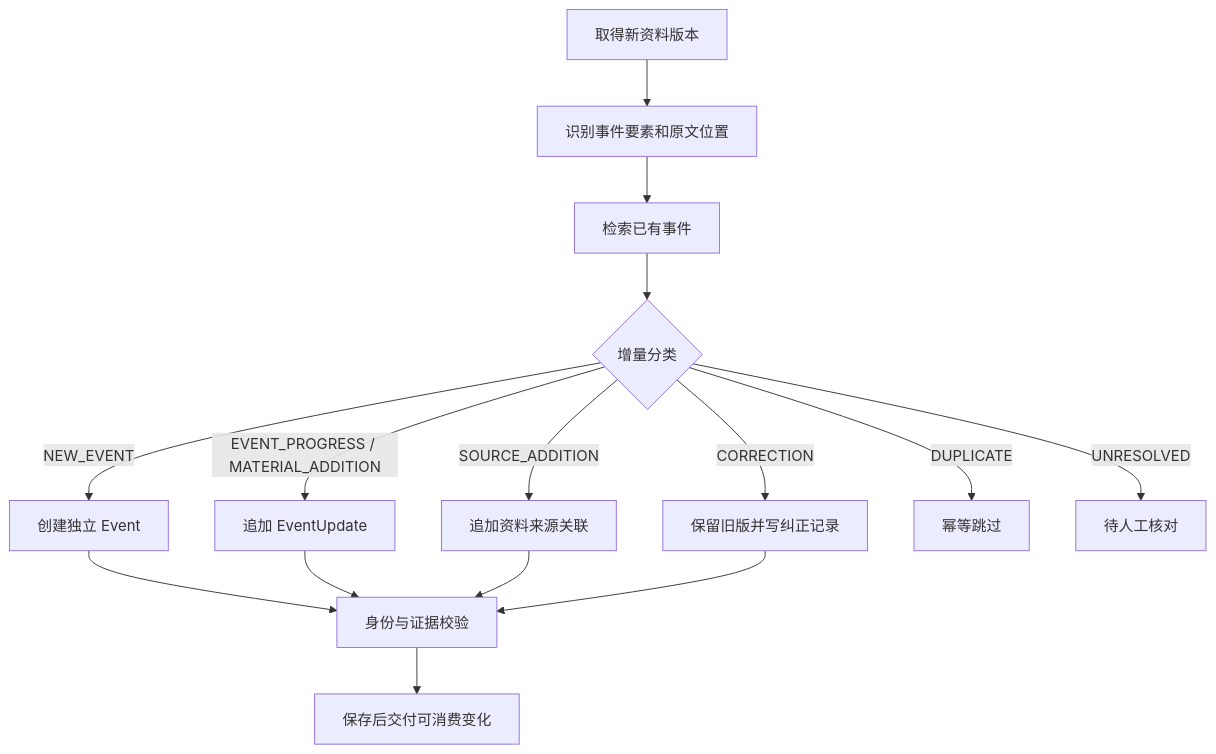
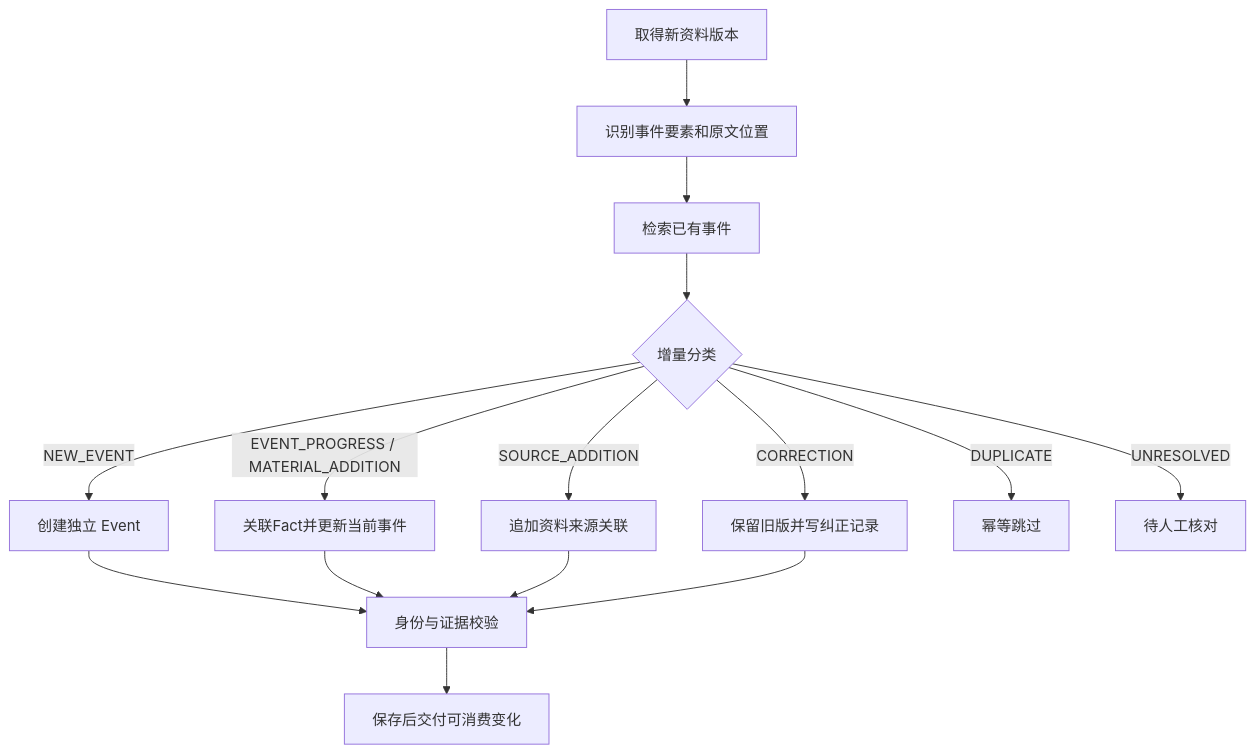
One commit to caojingwen1996/obsidian_kb changed the seventh of 18 diagrams in tools/RiskHot/docs/system-design/03-系统功能架构/系统功能架构总览.md. Above: the diagram before and after it, drawn with Mermaid. The commit also changed other lines of this file and 278 other files, not shown here.

````diff
--- a/tools/RiskHot/docs/system-design/03-系统功能架构/系统功能架构总览.md
+++ b/tools/RiskHot/docs/system-design/03-系统功能架构/系统功能架构总览.md
@@ -698,17 +700,17 @@
 ```mermaid
 flowchart TD
     IN[取得新资料版本] --> EXT[识别事件要素和原文位置]
     EXT --> LOOK[检索已有事件]
     LOOK --> DEC{增量分类}
     DEC -->|NEW_EVENT| NEW[创建独立 Event]
-    DEC -->|EVENT_PROGRESS / MATERIAL_ADDITION| UPD[追加 EventUpdate]
+    DEC -->|EVENT_PROGRESS / MATERIAL_ADDITION| UPD[关联Fact并更新当前事件]
     DEC -->|SOURCE_ADDITION| ADD[追加资料来源关联]
     DEC -->|CORRECTION| CORR[保留旧版并写纠正记录]
     DEC -->|DUPLICATE| SKIP[幂等跳过]
     DEC -->|UNRESOLVED| WAIT[待人工核对]
     NEW --> VALID[身份与证据校验]
     UPD --> VALID
     ADD --> VALID
     CORR --> VALID
     VALID --> SAVE[保存后交付可消费变化]
 ```
````
